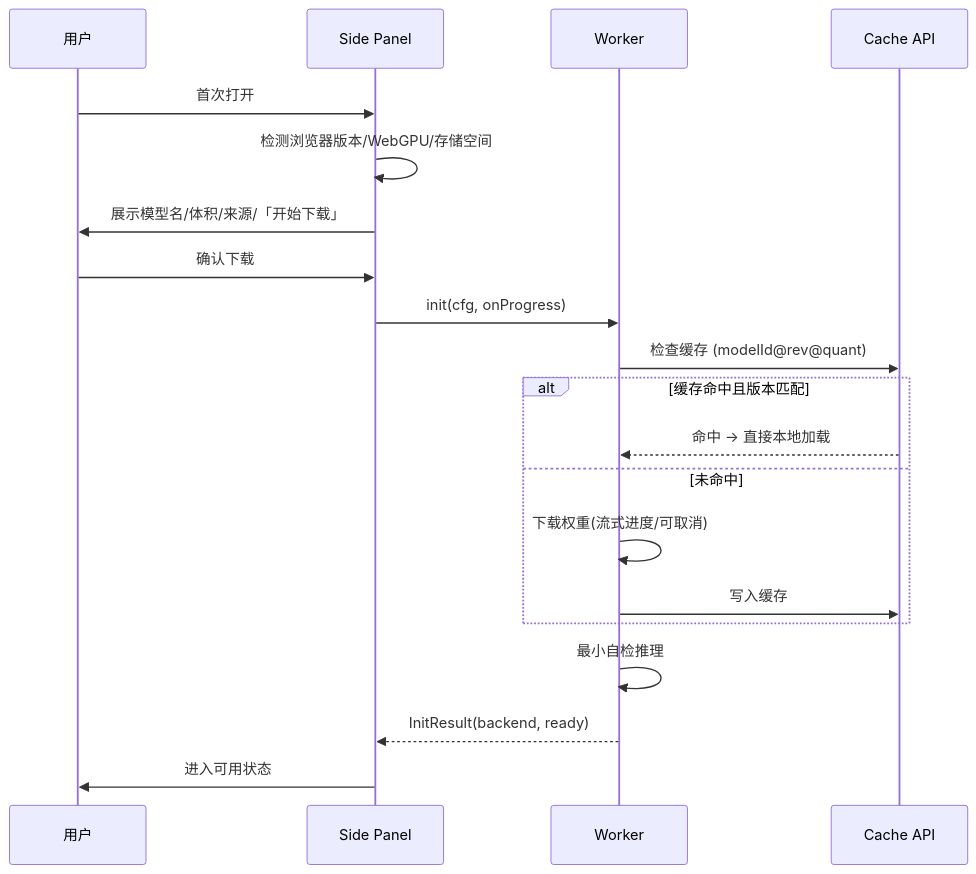
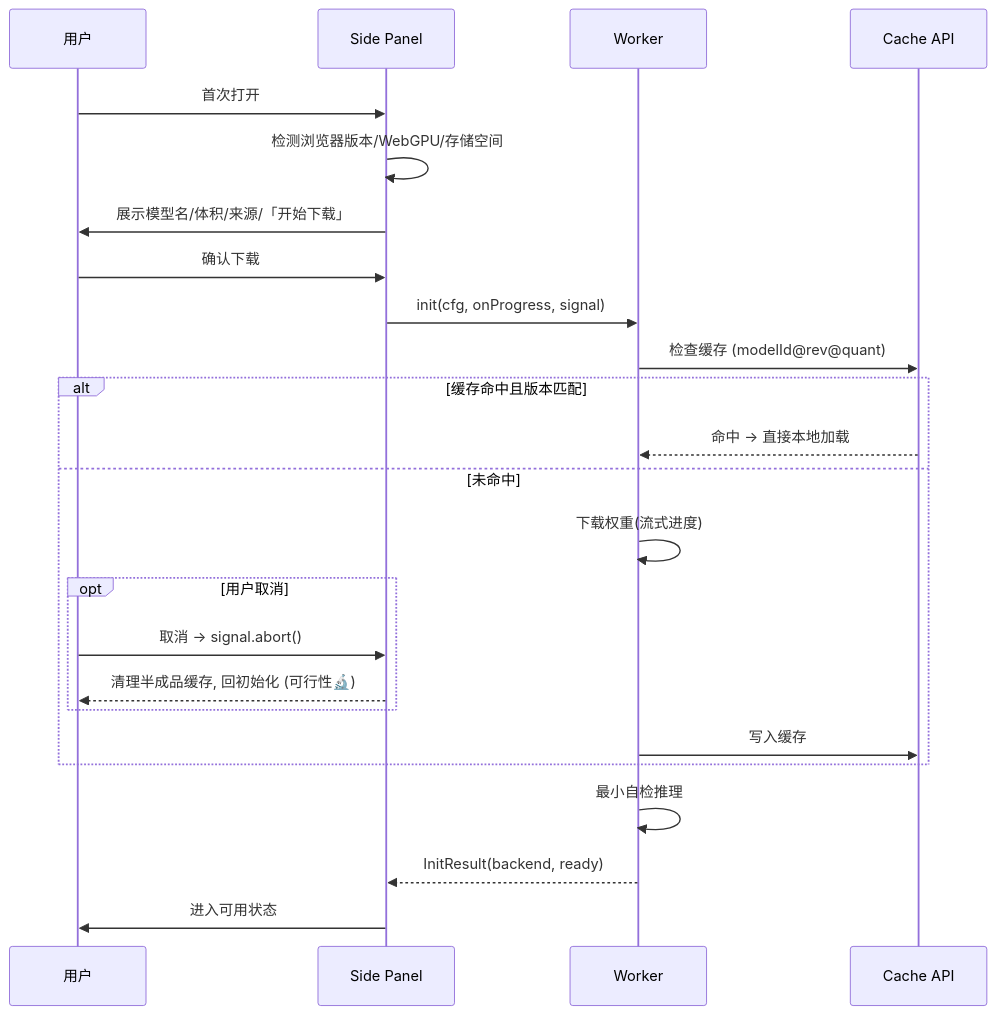
The first of 3 diagrams in docs/Wisp_设计文档.md (Mr-CG-end/wisp-ai-copilot), drawn with Mermaid before and after one commit. The commit also changed other lines of this file, not shown here.

````diff
--- a/docs/Wisp_设计文档.md
+++ b/docs/Wisp_设计文档.md
@@ -329,22 +428,26 @@
 ```mermaid
 sequenceDiagram
     participant U as 用户
     participant SP as Side Panel
     participant W as Worker
     participant C as Cache API
     U->>SP: 首次打开
     SP->>SP: 检测浏览器版本/WebGPU/存储空间
     SP->>U: 展示模型名/体积/来源/「开始下载」
     U->>SP: 确认下载
-    SP->>W: init(cfg, onProgress)
+    SP->>W: init(cfg, onProgress, signal)
     W->>C: 检查缓存 (modelId@rev@quant)
     alt 缓存命中且版本匹配
         C-->>W: 命中 → 直接本地加载
     else 未命中
-        W->>W: 下载权重(流式进度/可取消)
+        W->>W: 下载权重(流式进度)
+        opt 用户取消
+            U->>SP: 取消 → signal.abort()
+            SP-->>U: 清理半成品缓存, 回初始化 (可行性🔬)
+        end
         W->>C: 写入缓存
     end
     W->>W: 最小自检推理
     W-->>SP: InitResult(backend, ready)
     SP->>U: 进入可用状态
 ```
````
